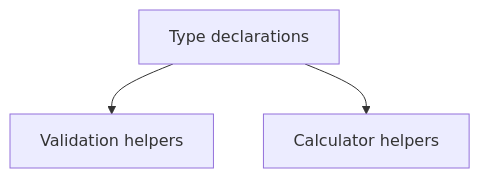
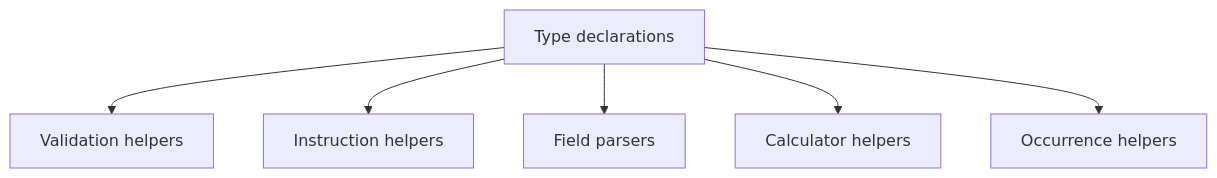
Before and after one commit to linkiez/BoletoSDK: the diagram in src/types/adapters/itau/index.doc.md, drawn with Mermaid. The commit also changed other lines of this file and 28 other files, not shown here.

````diff
--- a/src/types/adapters/itau/index.doc.md
+++ b/src/types/adapters/itau/index.doc.md
@@ -31,5 +120,8 @@
 ```mermaid
 flowchart TD
   A[Type declarations] --> B[Validation helpers]
-  A --> C[Calculator helpers]
+  A --> C[Instruction helpers]
+  A --> D[Field parsers]
+  A --> E[Calculator helpers]
+  A --> F[Occurrence helpers]
 ```
````
